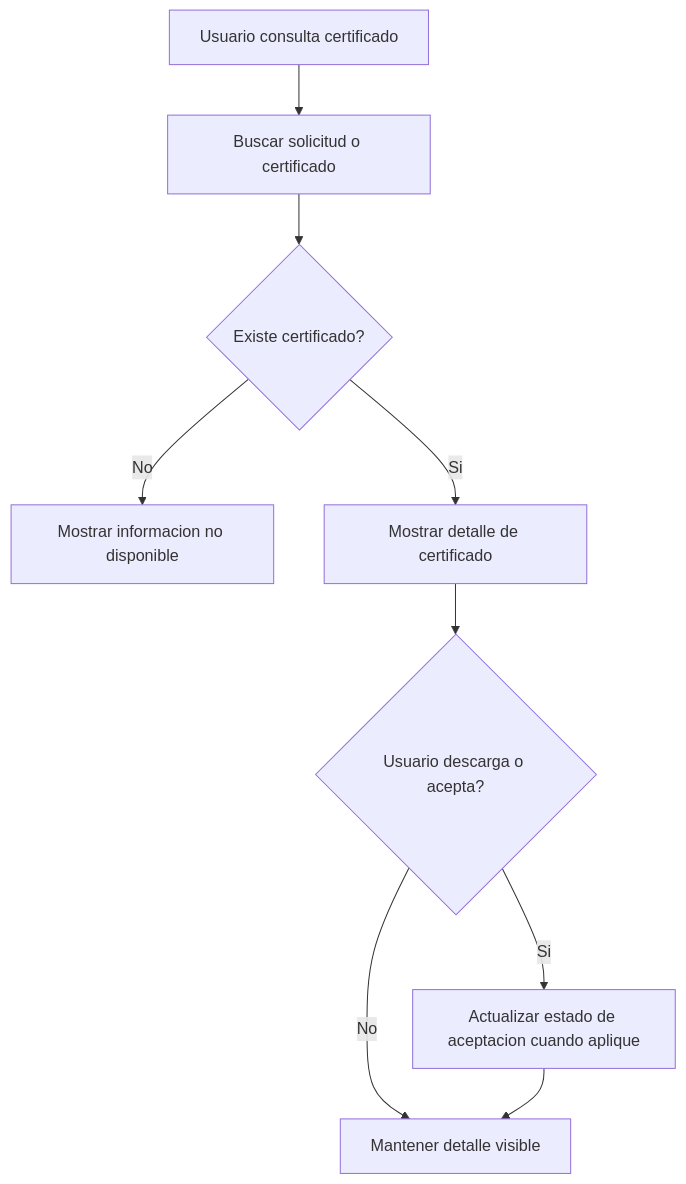
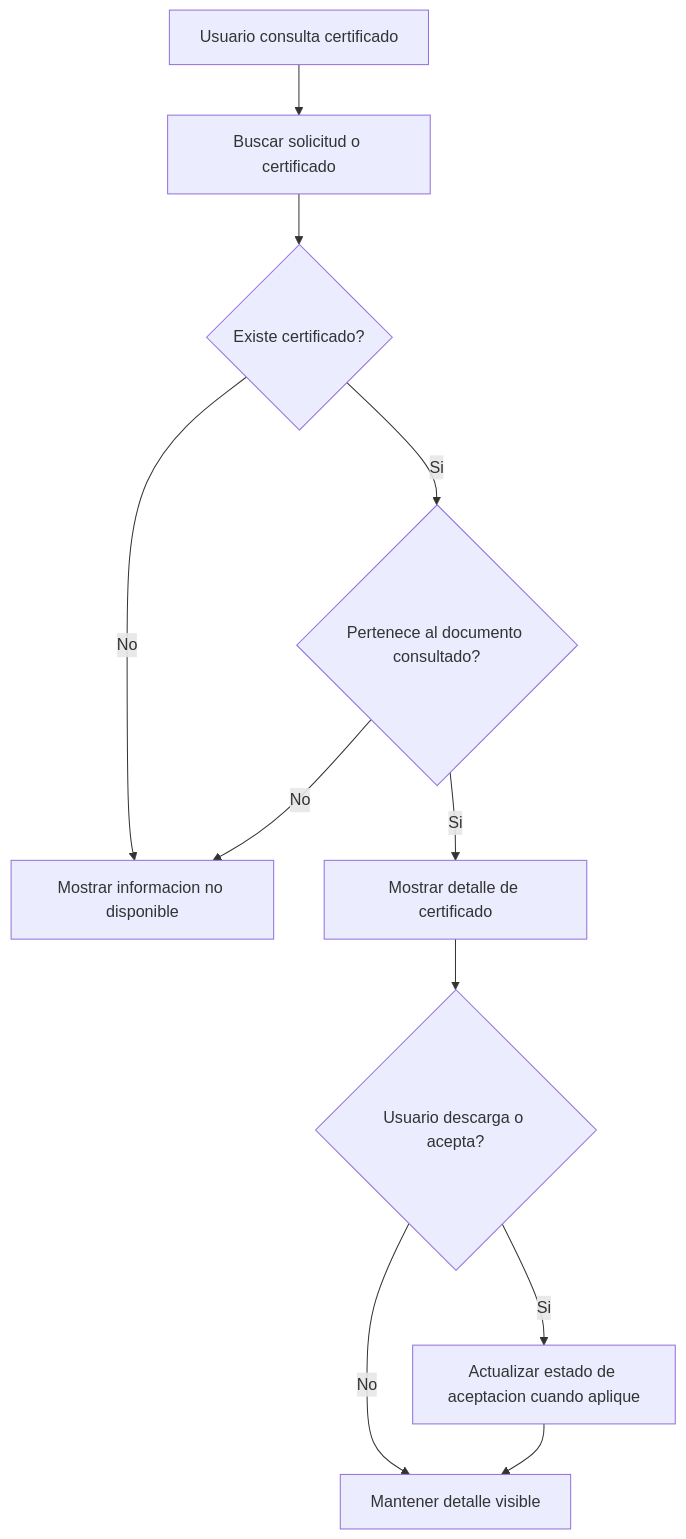
The diagram in docs/requirements/use-cases/consulta-certificado.md (luismiguelgs/ciunac-sol-1.3), drawn with Mermaid before and after one commit. The commit also changed other lines of this file and 334 other files, not shown here.

````diff
--- a/docs/requirements/use-cases/consulta-certificado.md
+++ b/docs/requirements/use-cases/consulta-certificado.md
@@ -25,11 +27,13 @@
 ```mermaid
 flowchart TD
     Start["Usuario consulta certificado"] --> Search["Buscar solicitud o certificado"]
     Search --> Found{"Existe certificado?"}
     Found -->|No| Empty["Mostrar informacion no disponible"]
-    Found -->|Si| Detail["Mostrar detalle de certificado"]
+    Found -->|Si| Owner{"Pertenece al documento consultado?"}
+    Owner -->|No| Empty
+    Owner -->|Si| Detail["Mostrar detalle de certificado"]
     Detail --> Action{"Usuario descarga o acepta?"}
     Action -->|No| End["Mantener detalle visible"]
     Action -->|Si| Update["Actualizar estado de aceptacion cuando aplique"]
     Update --> End
 ```
````
